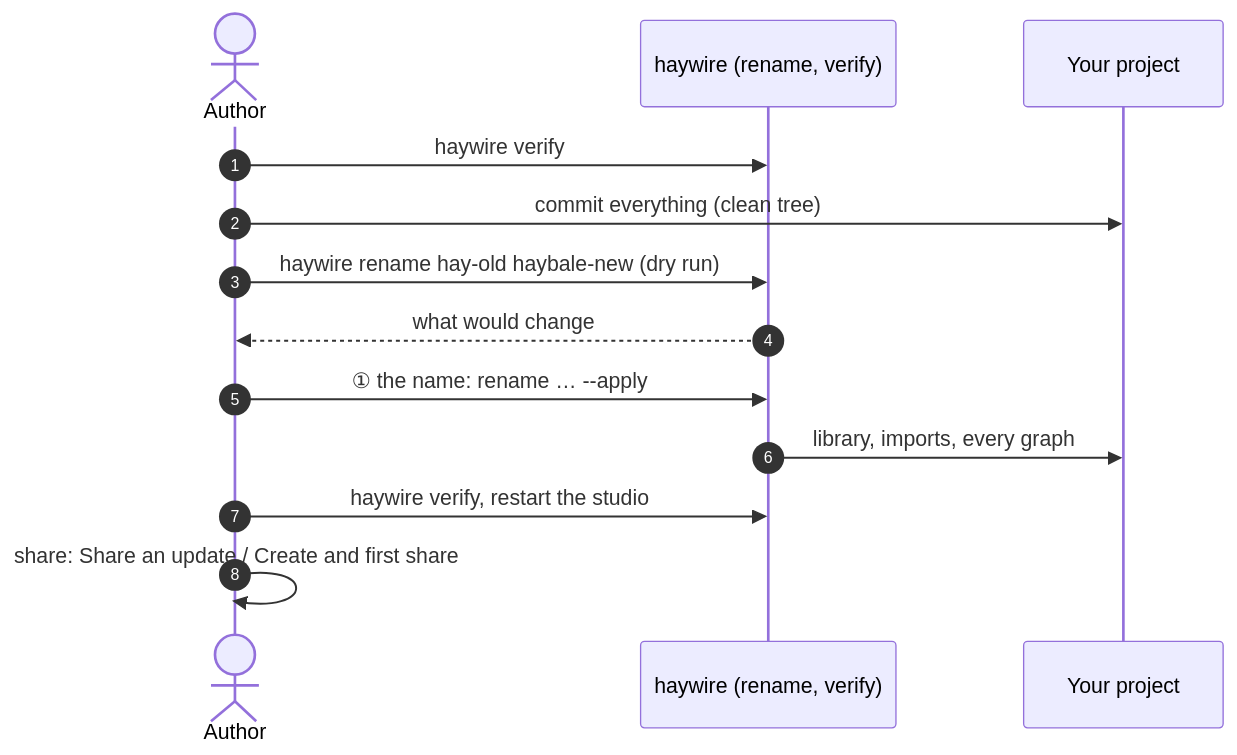
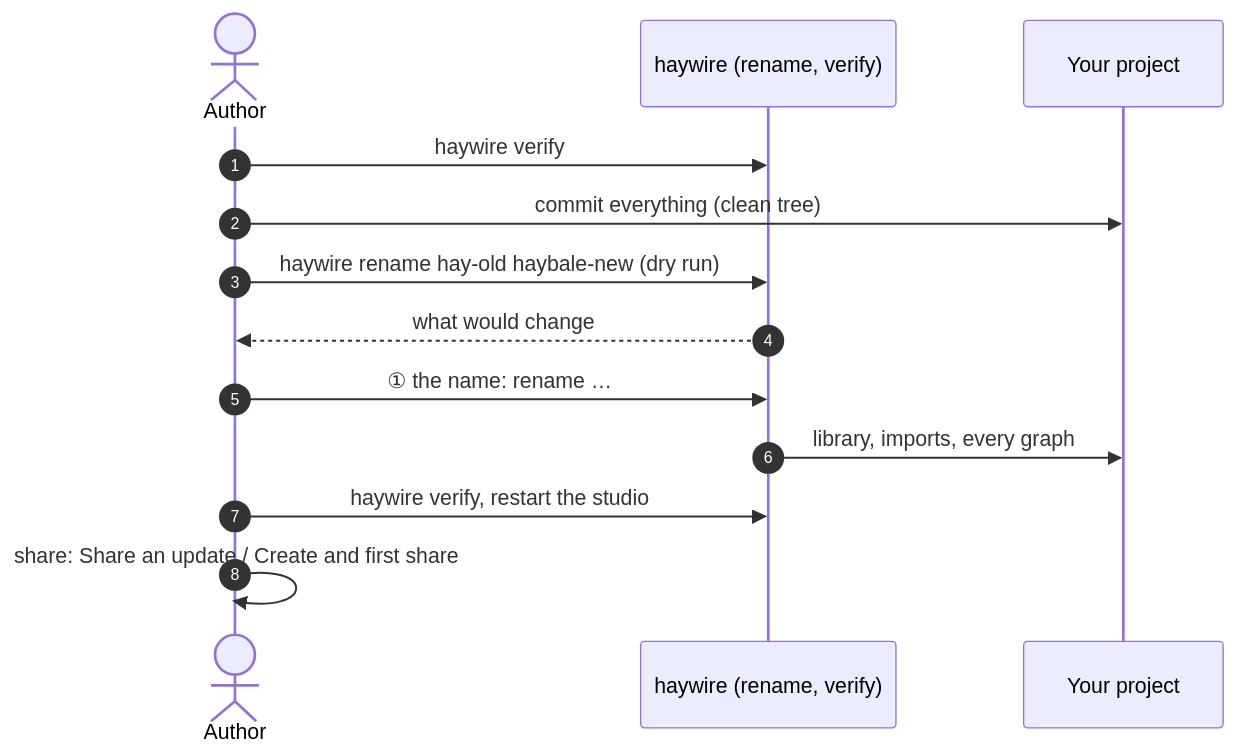
One commit to going-haywire/haywire changed the diagram in docs/collaboration/rename-then-share.md. Above: the diagram before and after it, drawn with Mermaid. The commit also changed 51 other files, not shown here.

````diff
--- a/docs/collaboration/rename-then-share.md
+++ b/docs/collaboration/rename-then-share.md
@@ -15,16 +15,16 @@
 ```mermaid
 sequenceDiagram
     autonumber
     actor You as Author
     participant CLI as haywire (rename, verify)
     participant Repo as Your project
 
     You->>CLI: haywire verify
     You->>Repo: commit everything (clean tree)
     You->>CLI: haywire rename hay-old haybale-new (dry run)
     CLI-->>You: what would change
-    You->>CLI: ① the name: rename … --apply
+    You->>CLI: ① the name: rename …
     CLI->>Repo: library, imports, every graph
     You->>CLI: haywire verify, restart the studio
     You->>You: share: Share an update / Create and first share
 ```
````
